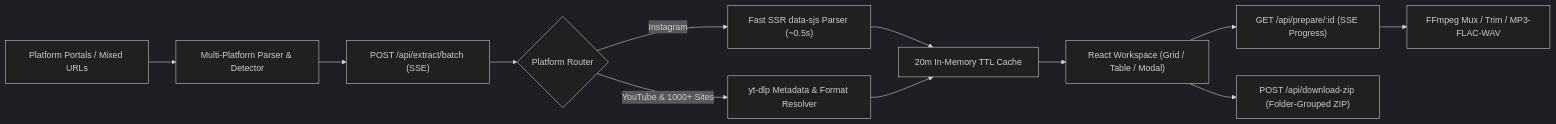
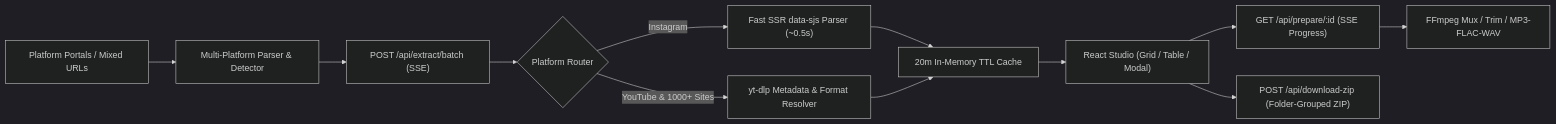
One commit to i-m-champion/LinkDrop changed the diagram in README.md. Above: the diagram before and after it, drawn with Mermaid (dark theme). The commit also changed other lines of this file and 4 other files, not shown here.

````diff
--- a/README.md
+++ b/README.md
@@ -80,14 +114,14 @@
 ```mermaid
 flowchart LR
     A["Platform Portals / Mixed URLs"] --> B["Multi-Platform Parser & Detector"]
     B --> C["POST /api/extract/batch (SSE)"]
     C --> D{"Platform Router"}
     D -->|Instagram| E1["Fast SSR data-sjs Parser (~0.5s)"]
     D -->|YouTube & 1000+ Sites| E2["yt-dlp Metadata & Format Resolver"]
     E1 --> F["20m In-Memory TTL Cache"]
     E2 --> F
-    F --> G["React Workspace (Grid / Table / Modal)"]
+    F --> G["React Studio (Grid / Table / Modal)"]
     G --> H["GET /api/prepare/:id (SSE Progress)"]
     H --> I["FFmpeg Mux / Trim / MP3-FLAC-WAV"]
     G --> J["POST /api/download-zip (Folder-Grouped ZIP)"]
 ```
````
